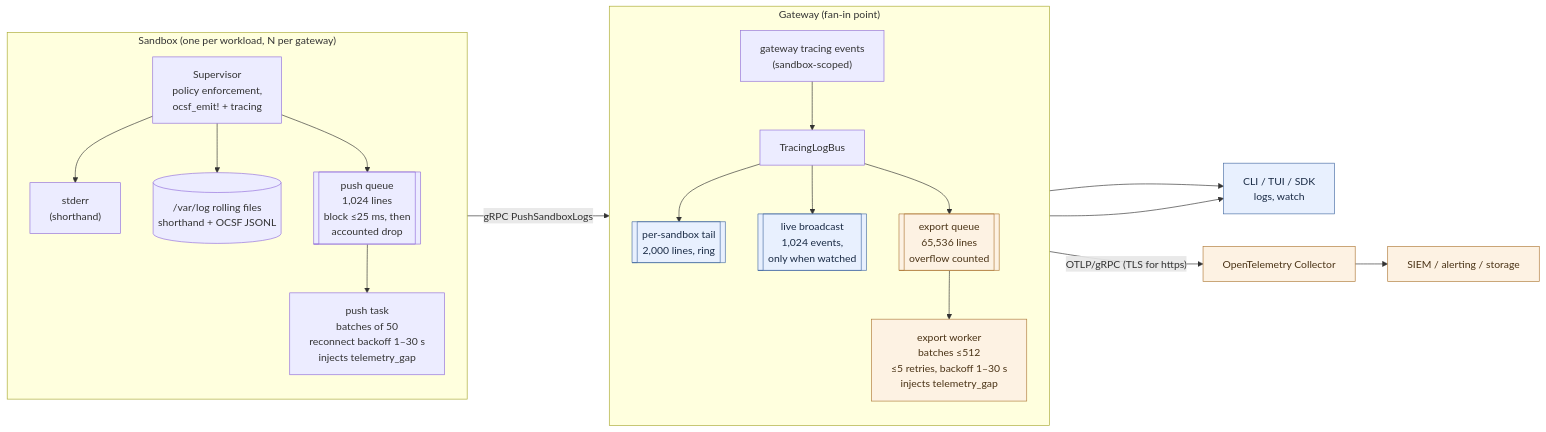
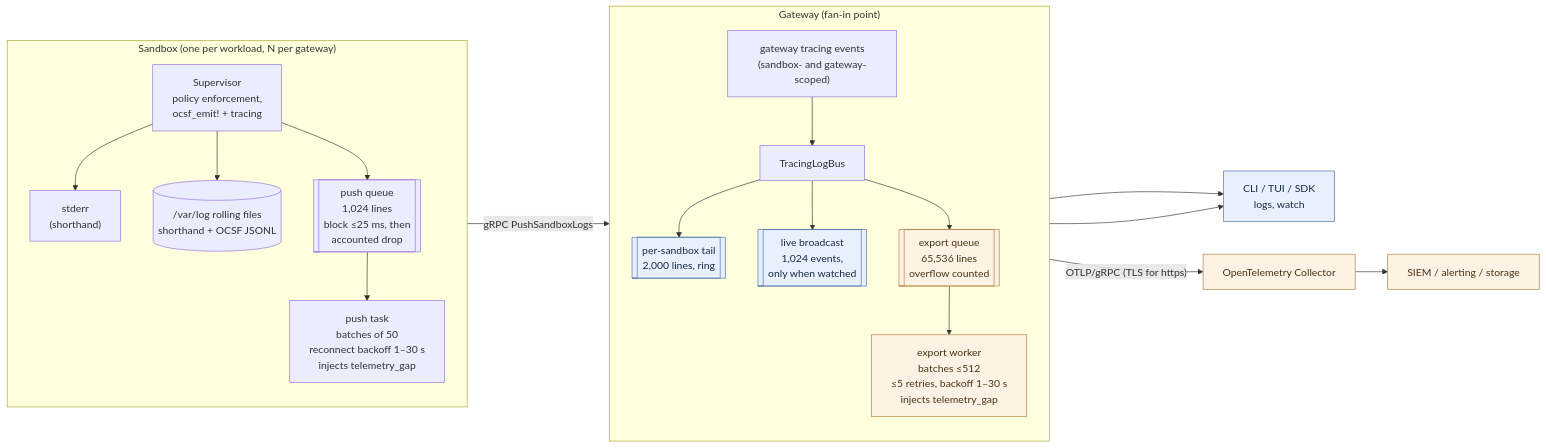
The first of 2 diagrams in architecture/logging.md (monad-inc/OpenShell), drawn with Mermaid before and after one commit. The commit also changed other lines of this file and 5 other files, not shown here.

First line of the commit message:
feat(otel): export gateway-scoped events that carry no sandbox id

````diff
--- a/architecture/logging.md
+++ b/architecture/logging.md
@@ -48,33 +48,33 @@
 ```mermaid
 flowchart LR
     subgraph SANDBOX["Sandbox (one per workload, N per gateway)"]
         direction TB
         SUP["Supervisor<br/>policy enforcement,<br/>ocsf_emit! + tracing"]
         SUP --> STDERR["stderr<br/>(shorthand)"]
         SUP --> FILES[("/var/log rolling files<br/>shorthand + OCSF JSONL")]
         SUP --> PQ[["push queue<br/>1,024 lines<br/>block ≤25 ms, then<br/>accounted drop"]]
         PQ --> PUSH["push task<br/>batches of 50<br/>reconnect backoff 1–30 s<br/>injects telemetry_gap"]
     end
 
     subgraph GATEWAY["Gateway (fan-in point)"]
         direction TB
-        GWEV["gateway tracing events<br/>(sandbox-scoped)"] --> BUS["TracingLogBus"]
+        GWEV["gateway tracing events<br/>(sandbox- and gateway-scoped)"] --> BUS["TracingLogBus"]
         BUS --> TAIL[["per-sandbox tail<br/>2,000 lines, ring"]]
         BUS --> BCAST[["live broadcast<br/>1,024 events,<br/>only when watched"]]
         BUS --> EQ[["export queue<br/>65,536 lines<br/>overflow counted"]]
         EQ --> WORKER["export worker<br/>batches ≤512<br/>≤5 retries, backoff 1–30 s<br/>injects telemetry_gap"]
     end
 
     PUSH -- "gRPC PushSandboxLogs" --> BUS
 
     TAIL --> VIS["CLI / TUI / SDK<br/>logs, watch"]
     BCAST --> VIS
 
     WORKER -- "OTLP/gRPC (TLS for https)" --> COLL["OpenTelemetry Collector"]
     COLL --> SIEM["SIEM / alerting / storage"]
 
     classDef plane1 fill:#e8f0fe,stroke:#4a6fa5,color:#1a2b45;
     classDef plane2 fill:#fdf2e3,stroke:#b07b3a,color:#4a3316;
     class TAIL,BCAST,VIS plane1;
     class EQ,WORKER,COLL,SIEM plane2;
 ```
````
